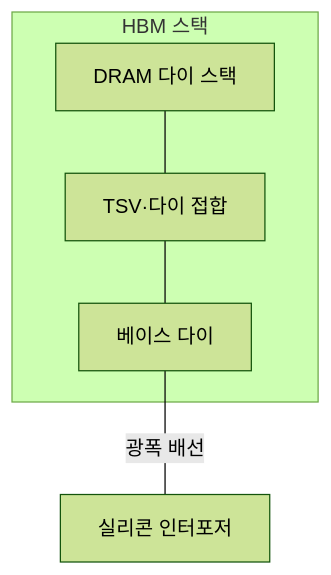
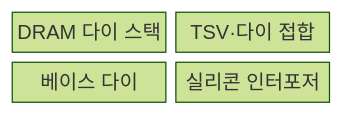
Before and after one commit to agnusdei1207/knowledge-base: the first of 2 diagrams in src/content/docs/notes/02-hardware/025_hbm.md, drawn with Mermaid (forest theme). The commit also changed other lines of this file and 20 other files, not shown here.

````diff
--- a/src/content/docs/notes/02-hardware/025_hbm.md
+++ b/src/content/docs/notes/02-hardware/025_hbm.md
@@ -74,8 +72,8 @@
 ```mermaid
-flowchart TB
-    subgraph STACK["HBM 스택"]
-        D[DRAM 다이 스택] --- V[TSV·다이 접합]
-        V --- B[베이스 다이]
-    end
-    B ---|광폭 배선| I[실리콘 인터포저]
+block
+    columns 2
+    D["DRAM 다이 스택"]
+    V["TSV·다이 접합"]
+    B["베이스 다이"]
+    I["실리콘 인터포저"]
 ```
````
